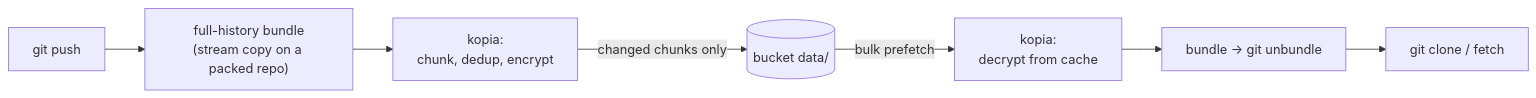
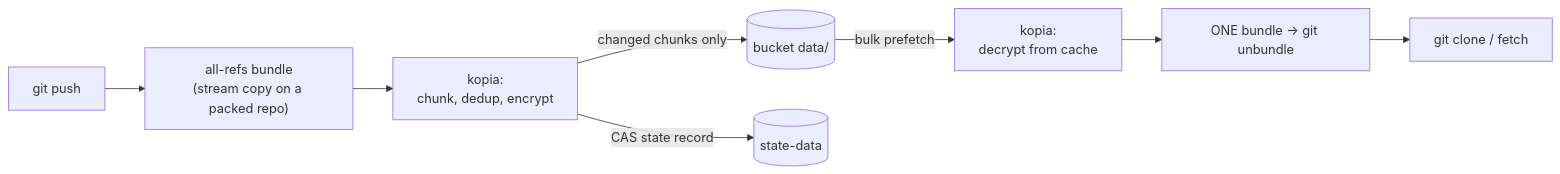
One commit to osjupiter/git-remote-s3vault changed the second of 2 diagrams in README.md. Above: the diagram before and after it, drawn with Mermaid. The commit also changed other lines of this file and 9 other files, not shown here.

First line of the commit message:
Store the whole repo as one snapshot: single-bundle clones, atomic CAS pushes

````diff
--- a/README.md
+++ b/README.md
@@ -387,8 +389,9 @@
 ```mermaid
 flowchart LR
-    G["git push"] --> BND["full-history bundle<br/>(stream copy on a packed repo)"]
+    G["git push"] --> BND["all-refs bundle<br/>(stream copy on a packed repo)"]
     BND --> KOP["kopia:<br/>chunk, dedup, encrypt"]
     KOP -->|"changed chunks only"| BKT[("bucket data/")]
+    KOP -->|"CAS state record"| ST[("state-data")]
     BKT -->|"bulk prefetch"| KOP2["kopia:<br/>decrypt from cache"]
-    KOP2 --> UNB["bundle → git unbundle"] --> C["git clone / fetch"]
+    KOP2 --> UNB["ONE bundle → git unbundle"] --> C["git clone / fetch"]
 ```
````
